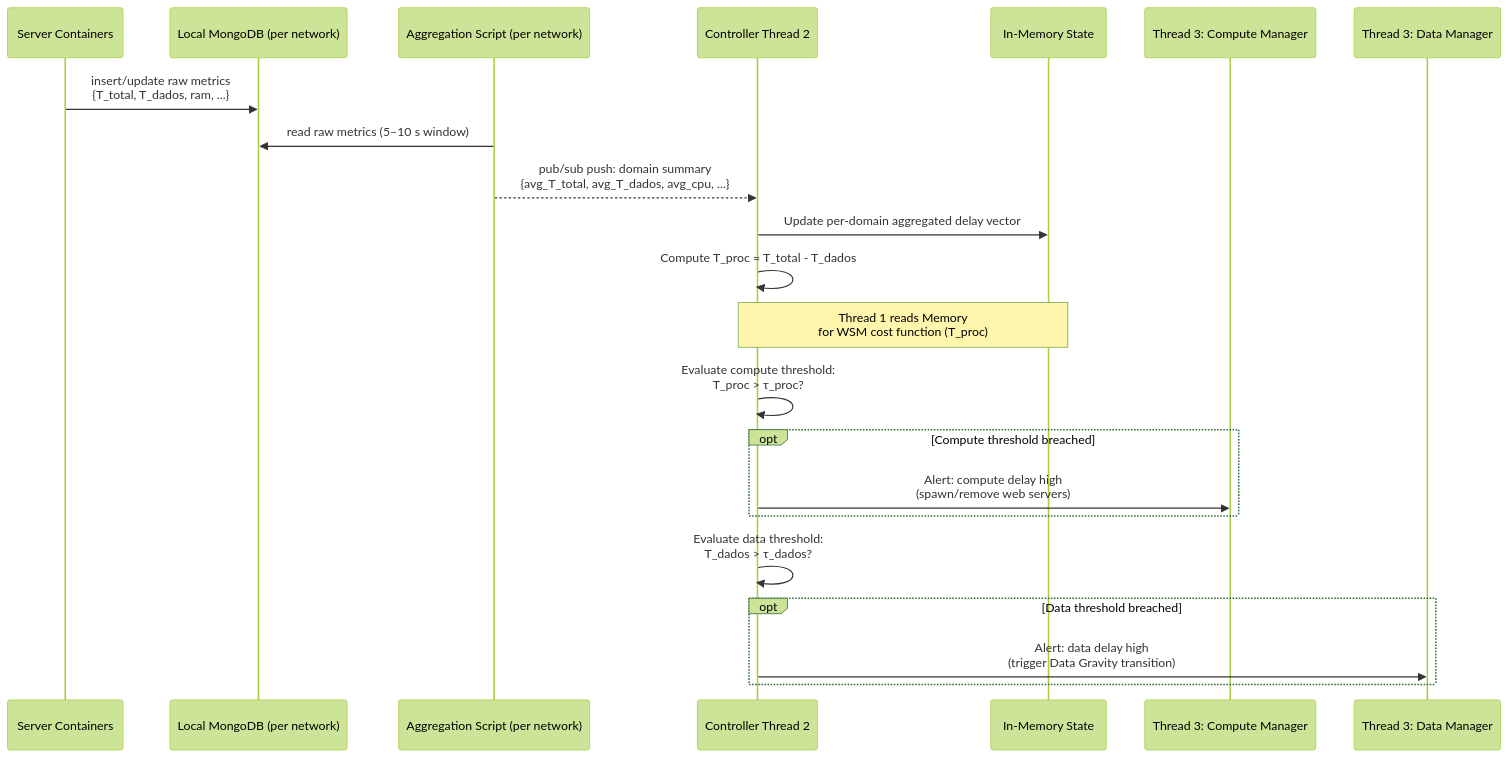
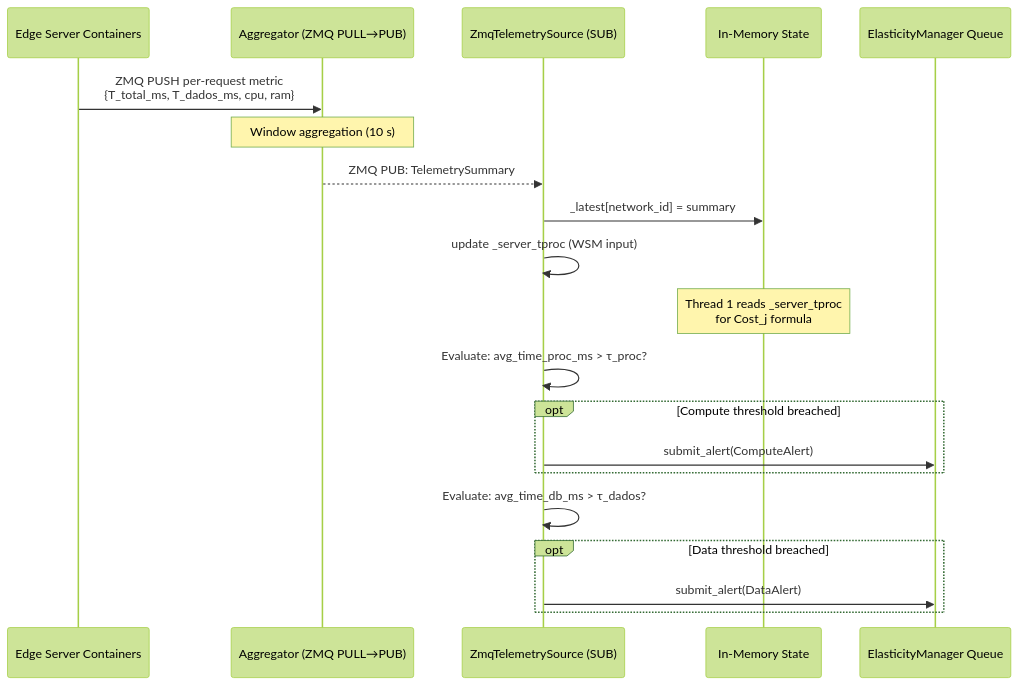
The second of 7 diagrams in docs/operation/system_mechanisms.md (poioe20p/efficient-storage-in-edge-scenarios), drawn with Mermaid (forest theme) before and after one commit. The commit also changed other lines of this file and 47 other files, not shown here.

````diff
--- a/docs/operation/system_mechanisms.md
+++ b/docs/operation/system_mechanisms.md
@@ -117,25 +169,23 @@
 ```mermaid
 sequenceDiagram
-    participant Servers as Server Containers
-    participant LocalMongo as Local MongoDB (per network)
-    participant AggScript as Aggregation Script (per network)
-    participant T2 as Controller Thread 2
+    participant Servers as Edge Server Containers
+    participant Agg as Aggregator (ZMQ PULL→PUB)
+    participant T2 as ZmqTelemetrySource (SUB)
     participant Memory as In-Memory State
-    participant TComp as Thread 3: Compute Manager
-    participant TData as Thread 3: Data Manager
+    participant T3 as ElasticityManager Queue
 
-    Servers->>LocalMongo: insert/update raw metrics<br/>{T_total, T_dados, ram, ...}
-    AggScript->>LocalMongo: read raw metrics (5–10 s window)
-    AggScript-->>T2: pub/sub push: domain summary<br/>{avg_T_total, avg_T_dados, avg_cpu, ...}
-    T2->>Memory: Update per-domain aggregated delay vector
-    T2->>T2: Compute T_proc = T_total - T_dados
-    Note over T2,Memory: Thread 1 reads Memory<br/>for WSM cost function (T_proc)
-    T2->>T2: Evaluate compute threshold:<br/>T_proc > τ_proc?
+    Servers->>Agg: ZMQ PUSH per-request metric<br/>{T_total_ms, T_dados_ms, cpu, ram}
+    Note over Agg: Window aggregation (10 s)
+    Agg-->>T2: ZMQ PUB: TelemetrySummary
+    T2->>Memory: _latest[network_id] = summary
+    T2->>T2: update _server_tproc (WSM input)
+    Note over Memory: Thread 1 reads _server_tproc<br/>for Cost_j formula
+    T2->>T2: Evaluate: avg_time_proc_ms > τ_proc?
     opt Compute threshold breached
-        T2->>TComp: Alert: compute delay high<br/>(spawn/remove web servers)
+        T2->>T3: submit_alert(ComputeAlert)
     end
-    T2->>T2: Evaluate data threshold:<br/>T_dados > τ_dados?
+    T2->>T2: Evaluate: avg_time_db_ms > τ_dados?
     opt Data threshold breached
-        T2->>TData: Alert: data delay high<br/>(trigger Data Gravity transition)
+        T2->>T3: submit_alert(DataAlert)
     end
 ```
````
